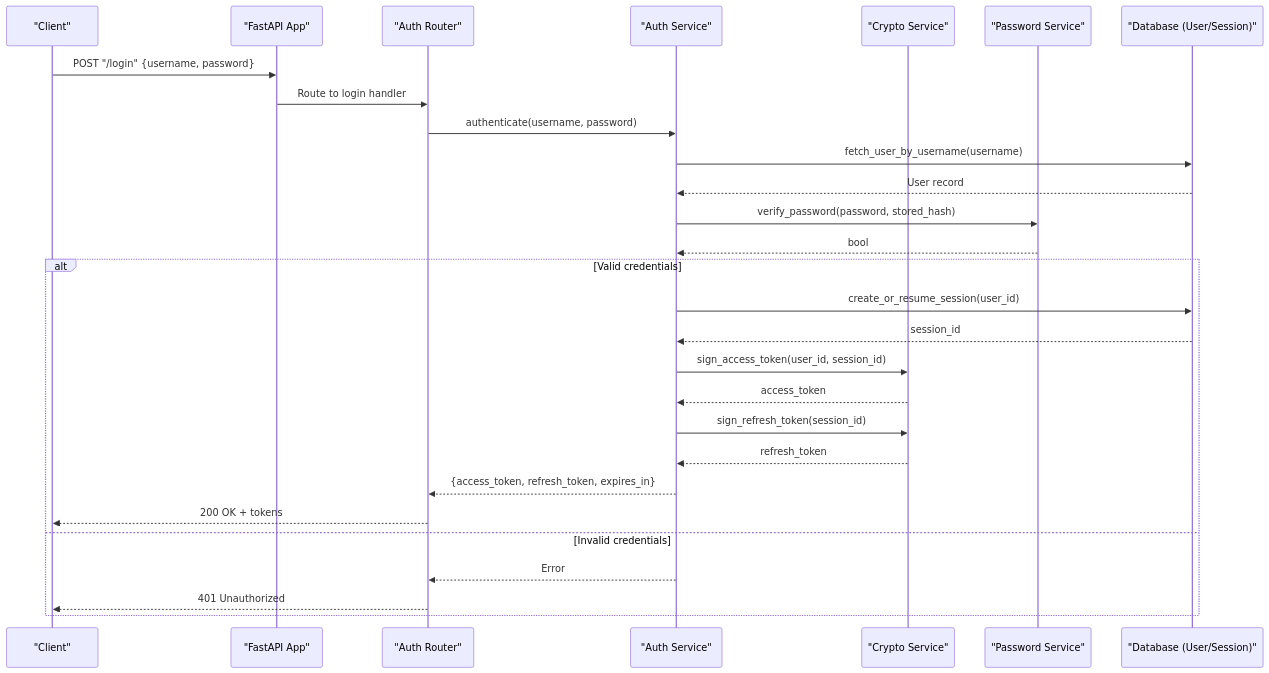
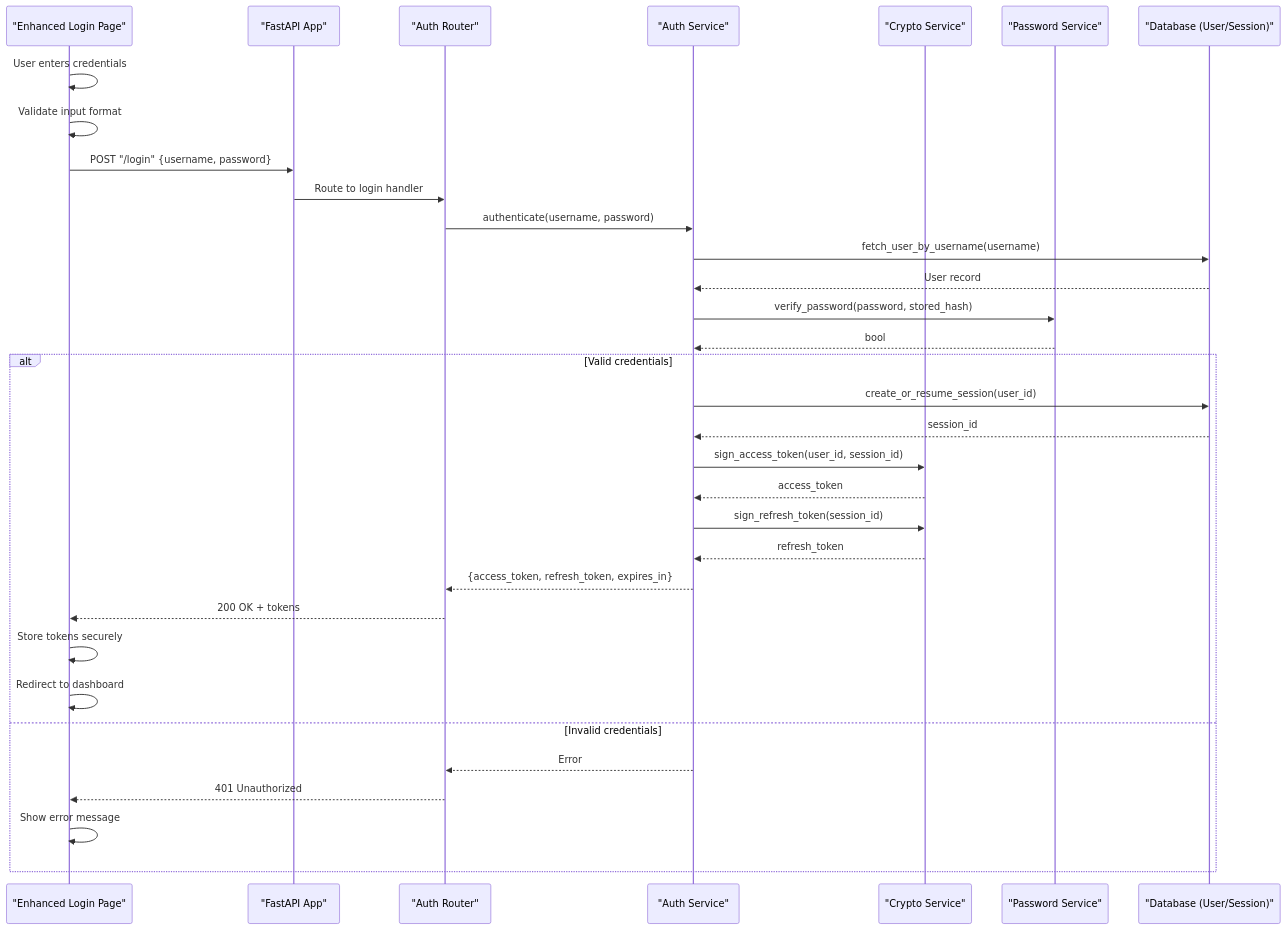
Before and after one commit to 14Lucifer/hackathon_ecs_creator: the second of 5 diagrams in .qoder/repowiki/en/content/System Architecture/Backend Architecture/Authentication & Authorization System/Authentication Flow & Token Management.md, drawn with Mermaid. The commit also changed other lines of this file and 120 other files, not shown here.

````diff
--- a/.qoder/repowiki/en/content/System Architecture/Backend Architecture/Authentication & Authorization System/Authentication Flow & Token Management.md
+++ b/.qoder/repowiki/en/content/System Architecture/Backend Architecture/Authentication & Authorization System/Authentication Flow & Token Management.md
@@ -107,30 +126,35 @@
 ```mermaid
 sequenceDiagram
-participant Client as "Client"
+participant Client as "Enhanced Login Page"
 participant API as "FastAPI App"
 participant Router as "Auth Router"
 participant Service as "Auth Service"
 participant Crypto as "Crypto Service"
 participant Pass as "Password Service"
 participant DB as "Database (User/Session)"
+Client->>Client : User enters credentials
+Client->>Client : Validate input format
 Client->>API : POST "/login" {username, password}
 API->>Router : Route to login handler
 Router->>Service : authenticate(username, password)
 Service->>DB : fetch_user_by_username(username)
 DB-->>Service : User record
 Service->>Pass : verify_password(password, stored_hash)
 Pass-->>Service : bool
 alt Valid credentials
 Service->>DB : create_or_resume_session(user_id)
 DB-->>Service : session_id
 Service->>Crypto : sign_access_token(user_id, session_id)
 Crypto-->>Service : access_token
 Service->>Crypto : sign_refresh_token(session_id)
 Crypto-->>Service : refresh_token
 Service-->>Router : {access_token, refresh_token, expires_in}
 Router-->>Client : 200 OK + tokens
+Client->>Client : Store tokens securely
+Client->>Client : Redirect to dashboard
 else Invalid credentials
 Service-->>Router : Error
 Router-->>Client : 401 Unauthorized
+Client->>Client : Show error message
 end
 ```
````
